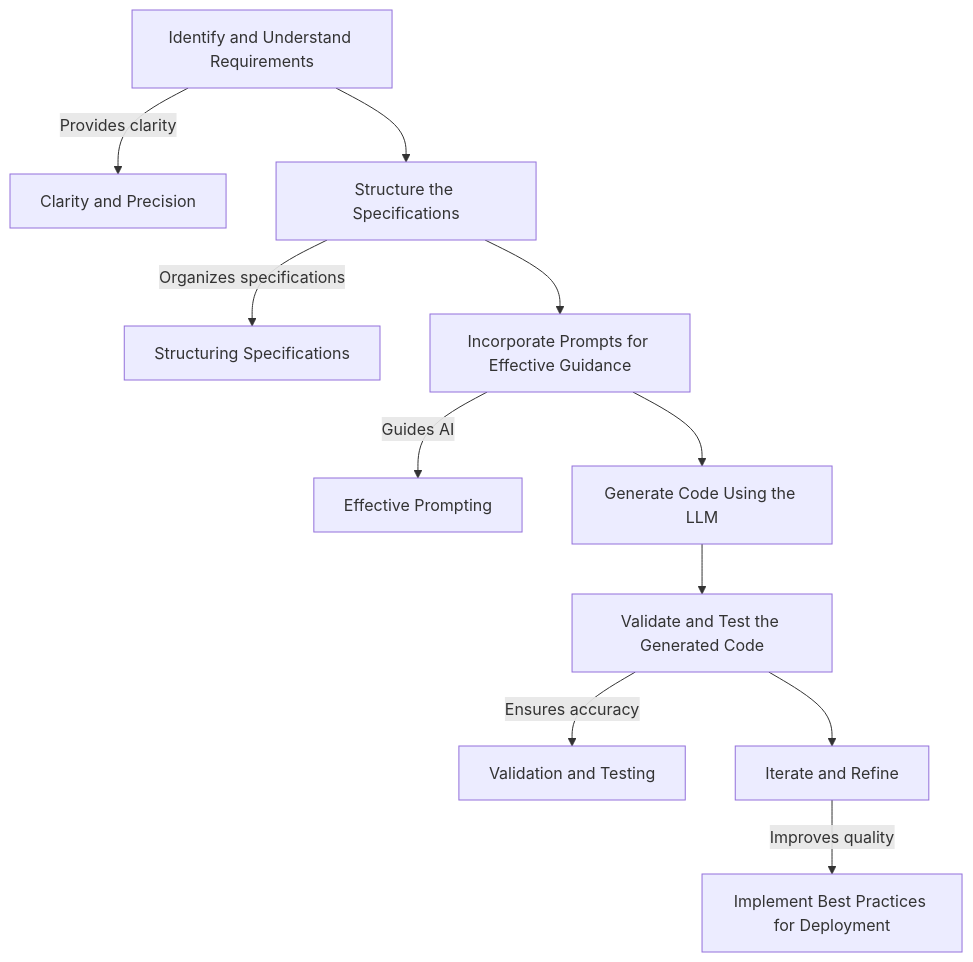
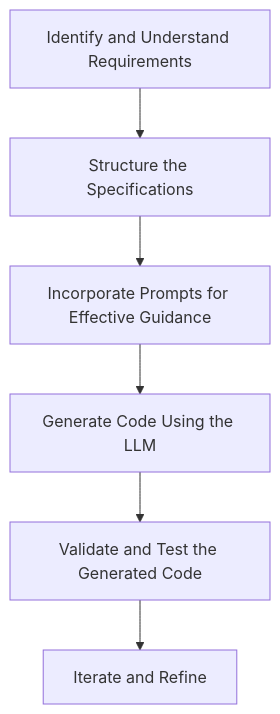
The diagram in 01-articles/2024-11-21-from-specification-to-code-using-an-llm.md (raphaelmansuy/digital_palace), drawn with Mermaid before and after one commit.

Commit message:
vault backup: 2024-11-21 22:59:32

````diff
--- a/01-articles/2024-11-21-from-specification-to-code-using-an-llm.md
+++ b/01-articles/2024-11-21-from-specification-to-code-using-an-llm.md
@@ -5,10 +5,10 @@
 ```mermaid
 graph TD
-    A[Identify and Understand Requirements] -->|Provides clarity| H[Clarity and Precision]
-    A --> B[Structure the Specifications] -->|Organizes specifications| I[Structuring Specifications]
-    B --> C[Incorporate Prompts for Effective Guidance] -->|Guides AI| J[Effective Prompting]
+    A[Identify and Understand Requirements]
+    A --> B[Structure the Specifications] 
+    B --> C[Incorporate Prompts for Effective Guidance]
     C --> D[Generate Code Using the LLM]
-    D --> E[Validate and Test the Generated Code] -->|Ensures accuracy| K[Validation and Testing]
-    E --> F[Iterate and Refine] -->|Improves quality| G[Implement Best Practices for Deployment]
+    D --> E[Validate and Test the Generated Code] 
+    E --> F[Iterate and Refine] 
 
 ```
````
